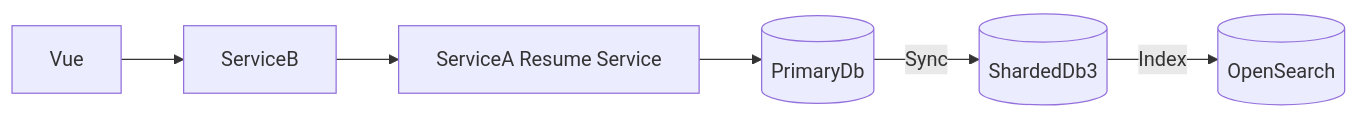
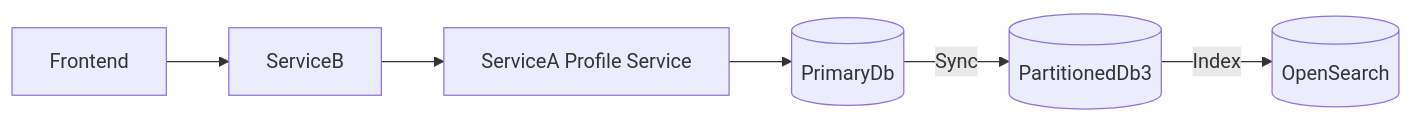
The diagram in enterprise-codebase-analysis/references/examples.md (kaikaizhen/skill), drawn with Mermaid before and after one commit. The commit also changed other lines of this file and 21 other files, not shown here.

````diff
--- a/enterprise-codebase-analysis/references/examples.md
+++ b/enterprise-codebase-analysis/references/examples.md
@@ -158,8 +157,8 @@
 ```mermaid
 flowchart LR
-    UI[Vue] --> API[ServiceB]
-    API --> SVC[ServiceA Resume Service]
+    UI[Frontend] --> API[ServiceB]
+    API --> SVC[ServiceA Profile Service]
     SVC --> PrimaryDb[(PrimaryDb)]
-    PrimaryDb -->|Sync| ShardedDb[(ShardedDb3)]
-    ShardedDb -->|Index| OS[(OpenSearch)]
+    PrimaryDb -->|Sync| PartitionedDb[(PartitionedDb3)]
+    PartitionedDb -->|Index| OS[(OpenSearch)]
 ```
````
